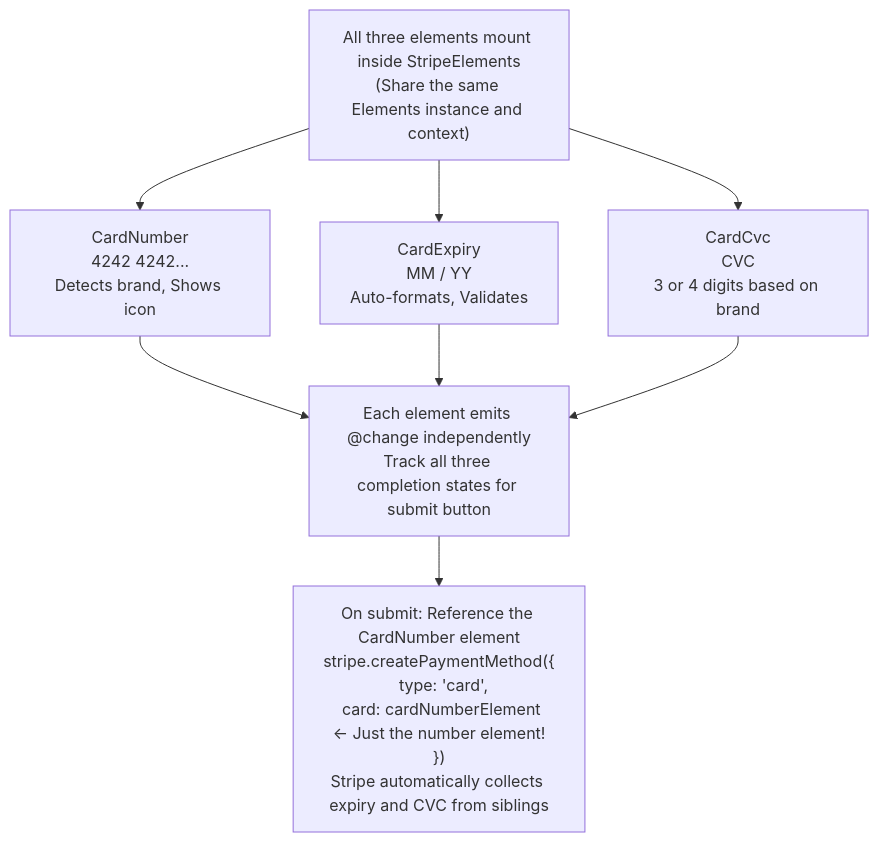
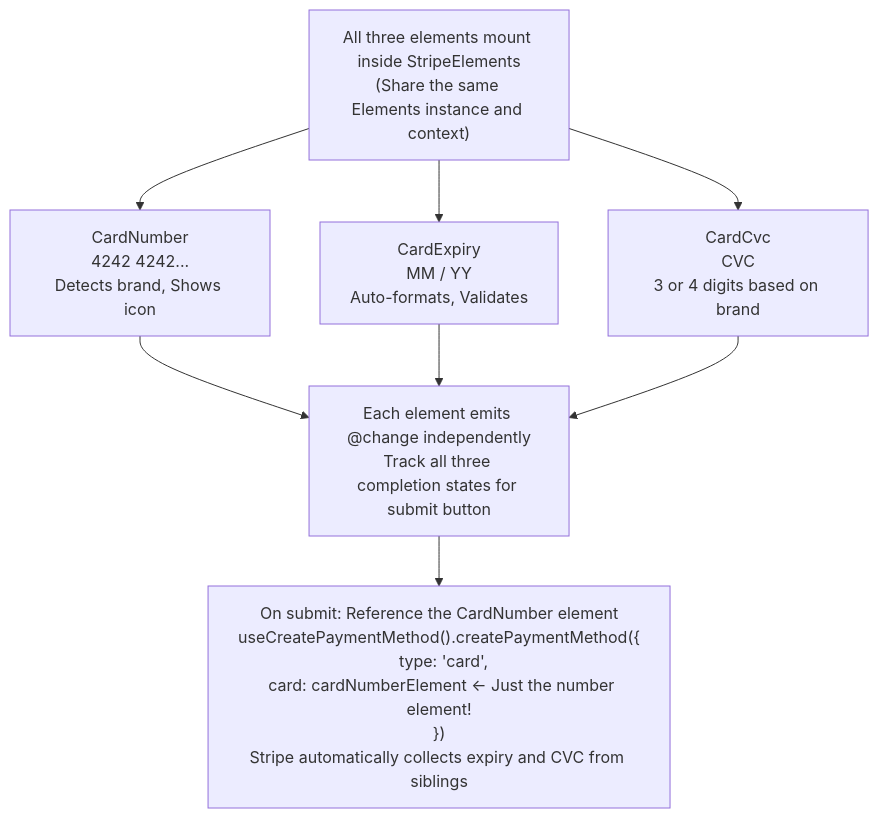
Before and after one commit to vue-stripe/vue-stripe: the diagram in apps/docs/api/components/stripe-split-card-elements.md, drawn with Mermaid. The commit also changed other lines of this file and 24 other files, not shown here.

````diff
--- a/apps/docs/api/components/stripe-split-card-elements.md
+++ b/apps/docs/api/components/stripe-split-card-elements.md
@@ -27,10 +27,10 @@
 ```mermaid
 flowchart TD
     A["All three elements mount inside StripeElements<br/>(Share the same Elements instance and context)"] --> B["CardNumber<br/>4242 4242...<br/>Detects brand, Shows icon"]
     A --> C["CardExpiry<br/>MM / YY<br/>Auto-formats, Validates"]
     A --> D["CardCvc<br/>CVC<br/>3 or 4 digits based on brand"]
     B --> E["Each element emits @change independently<br/>Track all three completion states for submit button"]
     C --> E
     D --> E
-    E --> F["On submit: Reference the CardNumber element<br/>stripe.createPaymentMethod({<br/>  type: 'card',<br/>  card: cardNumberElement ← Just the number element!<br/>})<br/>Stripe automatically collects expiry and CVC from siblings"]
+    E --> F["On submit: Reference the CardNumber element<br/>useCreatePaymentMethod().createPaymentMethod({<br/>  type: 'card',<br/>  card: cardNumberElement ← Just the number element!<br/>})<br/>Stripe automatically collects expiry and CVC from siblings"]
 ```
````
